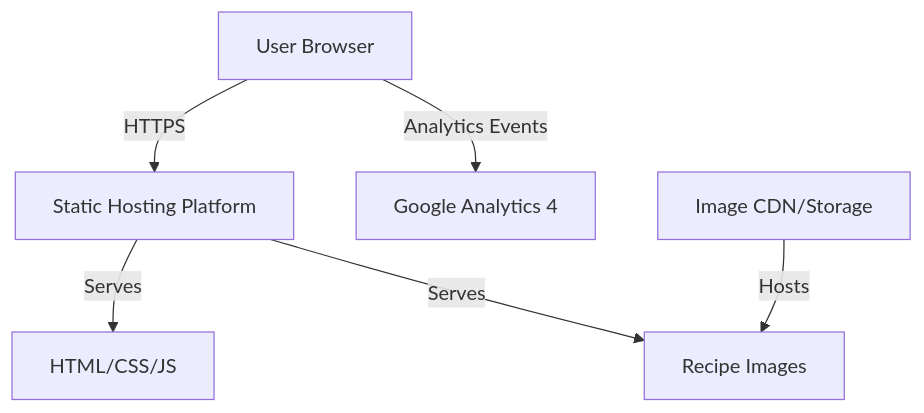
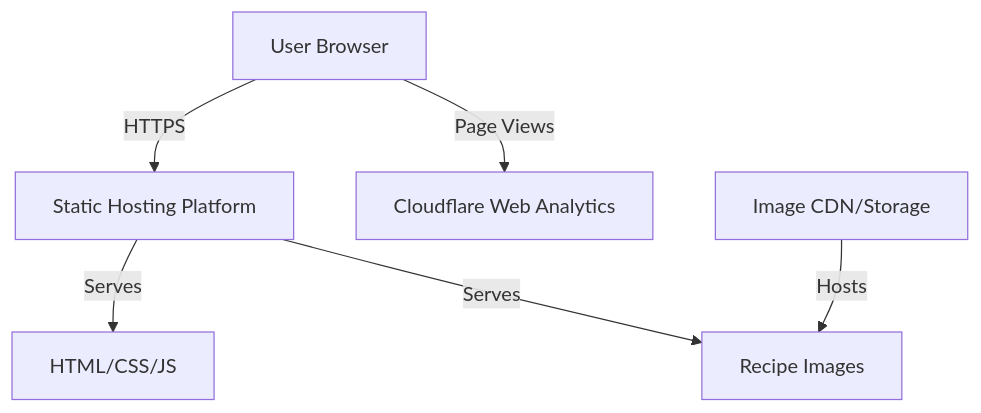
One commit to psticea/cookingbook changed the diagram in .kiro/specs/recipe-website/design.md. Above: the diagram before and after it, drawn with Mermaid. The commit also changed other lines of this file and 20 other files, not shown here.

````diff
--- a/.kiro/specs/recipe-website/design.md
+++ b/.kiro/specs/recipe-website/design.md
@@ -19,13 +19,13 @@
 ```mermaid
 graph TB
     User[User Browser]
     StaticHost[Static Hosting Platform]
-    GA4[Google Analytics 4]
+    CF[Cloudflare Web Analytics]
     CDN[Image CDN/Storage]
     
     User -->|HTTPS| StaticHost
     StaticHost -->|Serves| HTML[HTML/CSS/JS]
     StaticHost -->|Serves| Images[Recipe Images]
-    User -->|Analytics Events| GA4
+    User -->|Page Views| CF
     CDN -->|Hosts| Images
 ```
````
